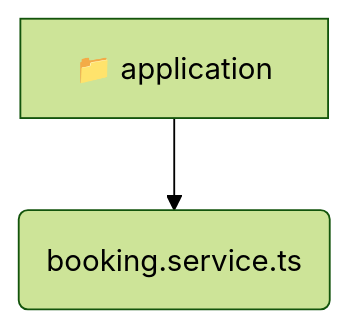
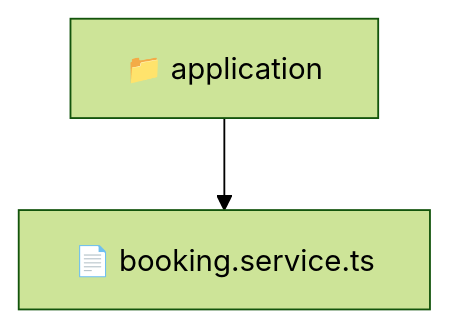
The diagram in backend/src/modules/booking/application/README.md (beginwebdev2002/fullstack-mavluda), drawn with Mermaid (forest theme) before and after one commit. The commit also changed other lines of this file and 163 other files, not shown here.

````diff
--- a/backend/src/modules/booking/application/README.md
+++ b/backend/src/modules/booking/application/README.md
@@ -9,5 +10,5 @@
 ```mermaid
 graph TD
-  application[📁 application]
-  application --> application_booking_service_ts(booking.service.ts)
+  Root["📁 application"]
+  Root --> bookingservicets["📄 booking.service.ts"]
 ```
````
